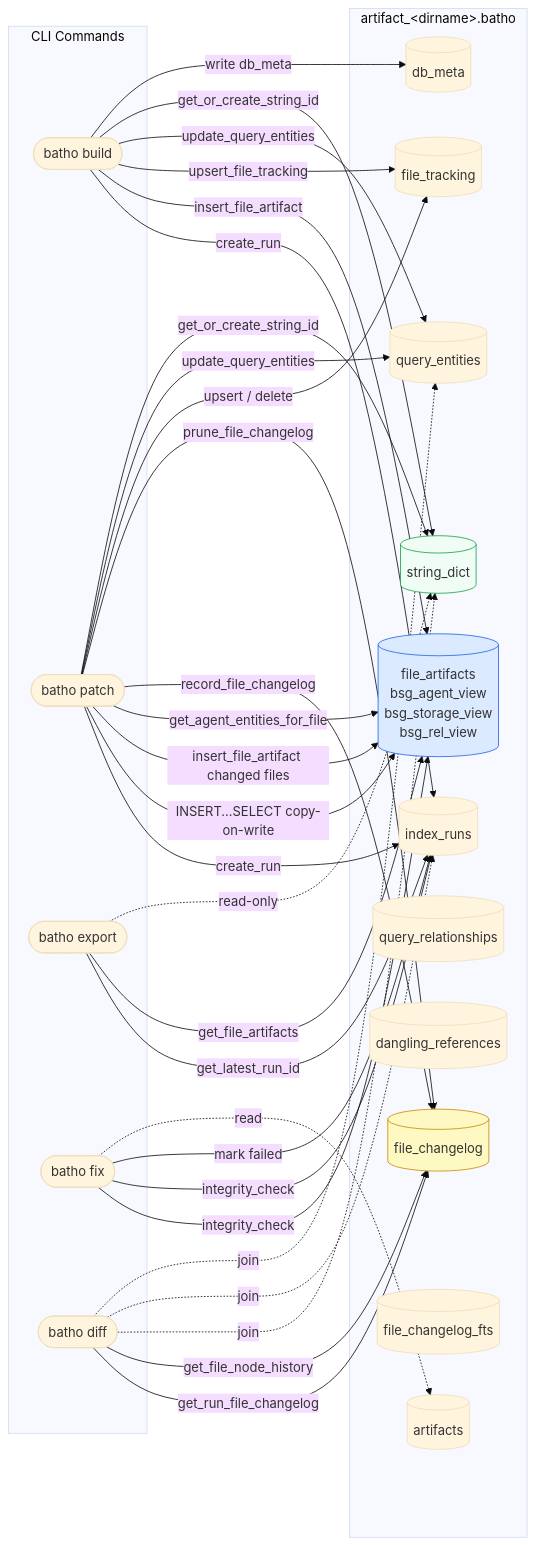
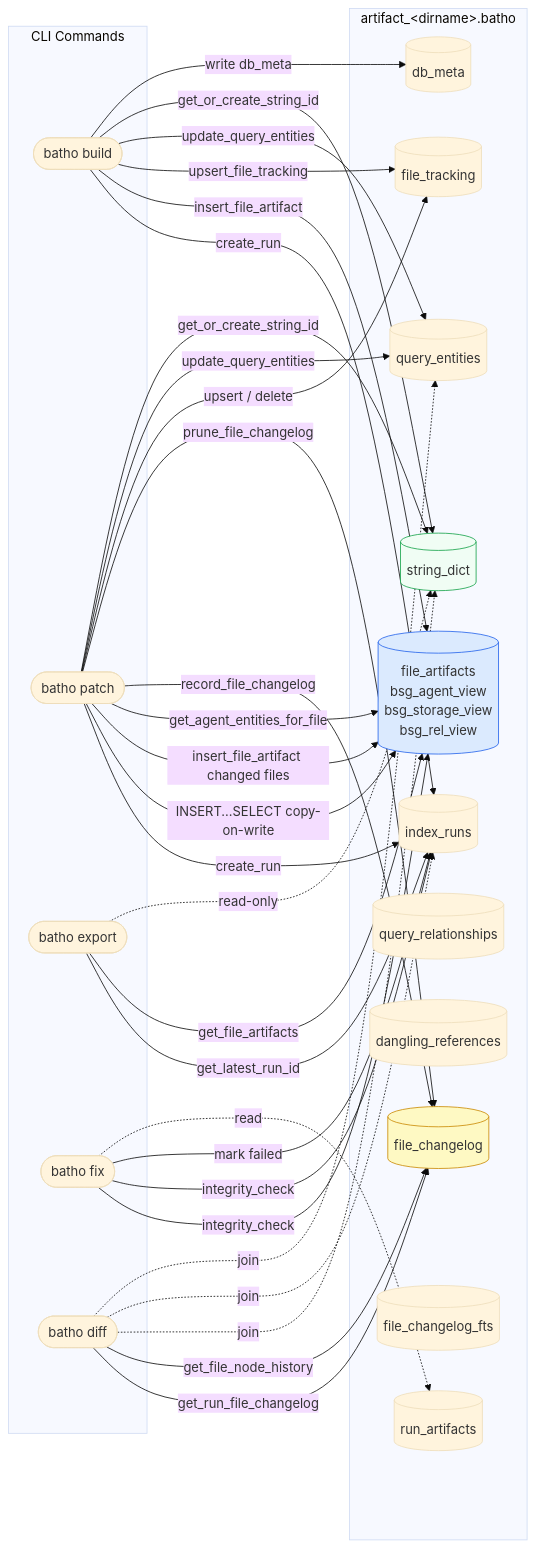
Before and after one commit to sageoz/Batho: the diagram in docs/artifact.md, drawn with Mermaid (base theme). The commit also changed other lines of this file and 18 other files, not shown here.

````diff
--- a/docs/artifact.md
+++ b/docs/artifact.md
@@ -283,60 +285,60 @@
 ```mermaid
 flowchart LR
     subgraph CLI["CLI Commands"]
         BUILD([batho build])
         PATCH([batho patch])
         EXPORT([batho export])
         FIX([batho fix])
         DIFF([batho diff])
     end
 
     subgraph DB["artifact_&lt;dirname&gt;.batho"]
         META[(db_meta)]
         RUNS[(index_runs)]
         SD[(string_dict)]
         FA[(file_artifacts\nbsg_agent_view\nbsg_storage_view\nbsg_rel_view)]
         FT[(file_tracking)]
         QE[(query_entities)]
         QR[(query_relationships)]
         DR[(dangling_references)]
         NC[(file_changelog)]
         FTS[(file_changelog_fts)]
-        ART[(artifacts)]
+        ART[(run_artifacts)]
     end
 
     BUILD -->|create_run| RUNS
     BUILD -->|insert_file_artifact| FA
     BUILD -->|upsert_file_tracking| FT
     BUILD -->|update_query_entities| QE
     BUILD -->|get_or_create_string_id| SD
     BUILD -->|write db_meta| META
 
     PATCH -->|create_run| RUNS
     PATCH -->|INSERT...SELECT copy-on-write| FA
     PATCH -->|insert_file_artifact changed files| FA
     PATCH -->|get_agent_entities_for_file| FA
     PATCH -->|record_file_changelog| NC
     PATCH -->|prune_file_changelog| NC
     PATCH -->|upsert / delete| FT
     PATCH -->|update_query_entities| QE
     PATCH -->|get_or_create_string_id| SD
 
     EXPORT -->|get_latest_run_id| RUNS
     EXPORT -->|get_file_artifacts| FA
     EXPORT -. read-only .-> SD
 
     FIX -->|integrity_check| FA
     FIX -->|integrity_check| RUNS
     FIX -->|mark failed| RUNS
     FIX -. read .-> ART
 
     DIFF -->|get_run_file_changelog| NC
     DIFF -->|get_file_node_history| NC
     DIFF -. join .-> SD
     DIFF -. join .-> RUNS
     DIFF -. join .-> QE
 
     style NC fill:#fef9c3,stroke:#ca8a04
     style FA fill:#dbeafe,stroke:#2563eb
     style SD fill:#f0fdf4,stroke:#16a34a
 ```
````
